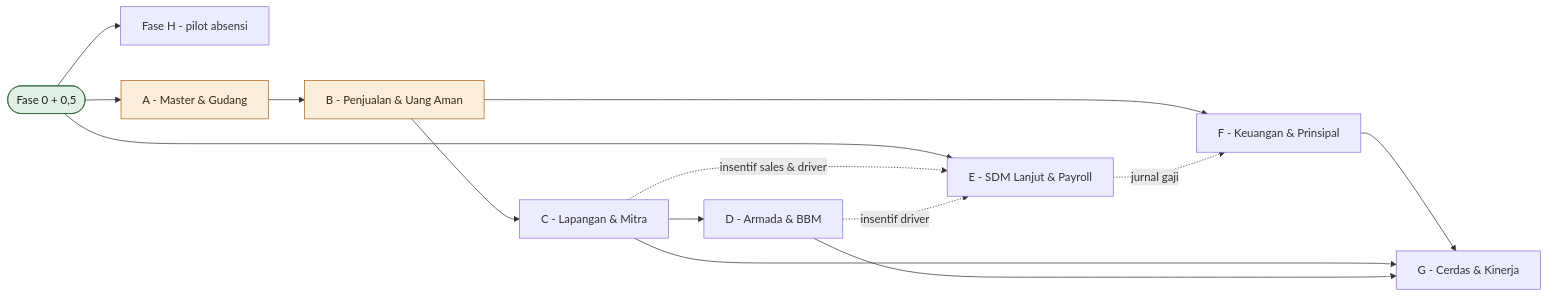
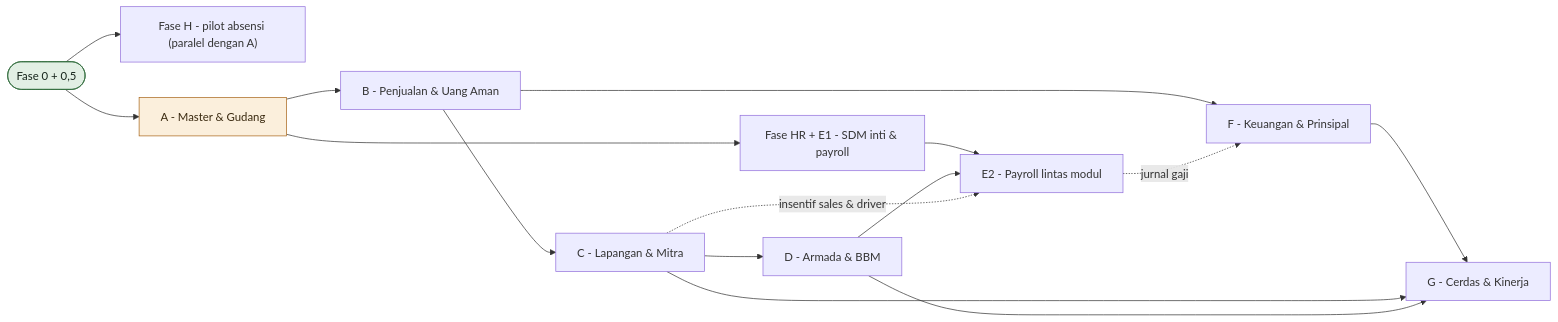
One commit to masyasin/pakis changed the first of 5 diagrams in docs/14-ROADMAP-LENGKAP.md. Above: the diagram before and after it, drawn with Mermaid. The commit also changed other lines of this file and 6 other files, not shown here.

````diff
--- a/docs/14-ROADMAP-LENGKAP.md
+++ b/docs/14-ROADMAP-LENGKAP.md
@@ -134,20 +136,21 @@
 ```mermaid
 flowchart LR
-  F0(["Fase 0 + 0,5"]) --> H0["Fase H - pilot absensi"]
+  F0(["Fase 0 + 0,5"]) --> H0["Fase H - pilot absensi (paralel dengan A)"]
   F0 --> A["A - Master & Gudang"]
+  A --> HR["Fase HR + E1 - SDM inti & payroll"]
   A --> B["B - Penjualan & Uang Aman"]
   B --> C["C - Lapangan & Mitra"]
   C --> D["D - Armada & BBM"]
-  F0 --> E["E - SDM Lanjut & Payroll"]
-  C -.->|"insentif sales & driver"| E
-  D -.->|"insentif driver"| E
+  HR --> E2["E2 - Payroll lintas modul"]
+  D --> E2
+  C -.->|"insentif sales & driver"| E2
   B --> F["F - Keuangan & Prinsipal"]
-  E -.->|"jurnal gaji"| F
+  E2 -.->|"jurnal gaji"| F
   F --> G["G - Cerdas & Kinerja"]
   C --> G
   D --> G
   classDef done fill:#E2EFE4,stroke:#2F6B3B,color:#16241B
   classDef next fill:#FBEFDC,stroke:#A9661A,color:#3a2a10
   class F0 done
-  class A,B next
+  class A next
 ```
````
